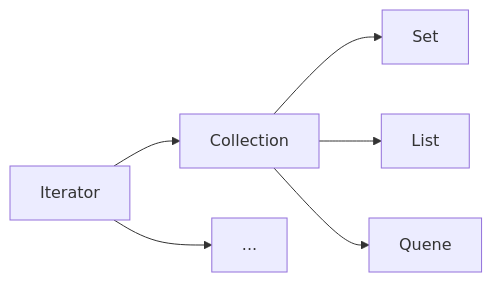
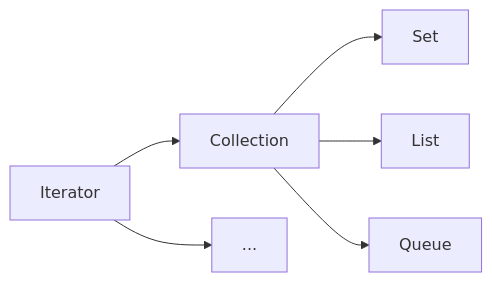
The diagram in source/_posts/collection-1-interface.md (dongbow/pages-source), drawn with Mermaid before and after one commit.

````diff
--- a/source/_posts/collection-1-interface.md
+++ b/source/_posts/collection-1-interface.md
@@ -14,8 +14,8 @@
 ```mermaid
 graph LR
 Iterator-->Collection
 Iterator--> ...
 Collection--> Set
 Collection--> List
-Collection--> Quene
+Collection--> Queue
 ```
````
